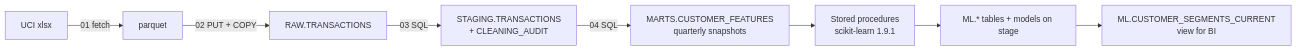
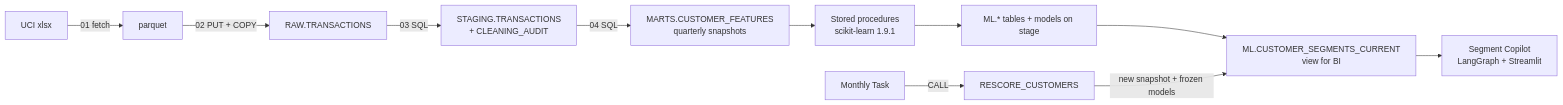
The diagram in README.md (livingdw67/snowpark-customer-segmentation), drawn with Mermaid before and after one commit. The commit also changed other lines of this file and 18 other files, not shown here.

First line of the commit message:
Add Segment Copilot and monthly re-scoring Task

````diff
--- a/README.md
+++ b/README.md
@@ -54,10 +77,13 @@
 ```mermaid
 flowchart LR
     X[UCI xlsx] -->|01 fetch| P[parquet]
     P -->|02 PUT + COPY| RAW[RAW.TRANSACTIONS]
     RAW -->|03 SQL| STG[STAGING.TRANSACTIONS<br/>+ CLEANING_AUDIT]
     STG -->|04 SQL| F[MARTS.CUSTOMER_FEATURES<br/>quarterly snapshots]
     F --> SP[Stored procedures<br/>scikit-learn 1.9.1]
     SP --> ML[ML.* tables + models on stage]
     ML --> V[ML.CUSTOMER_SEGMENTS_CURRENT<br/>view for BI]
+    T[Monthly Task] -->|CALL| R[RESCORE_CUSTOMERS]
+    R -->|new snapshot + frozen models| V
+    V --> C[Segment Copilot<br/>LangGraph + Streamlit]
 ```
````
